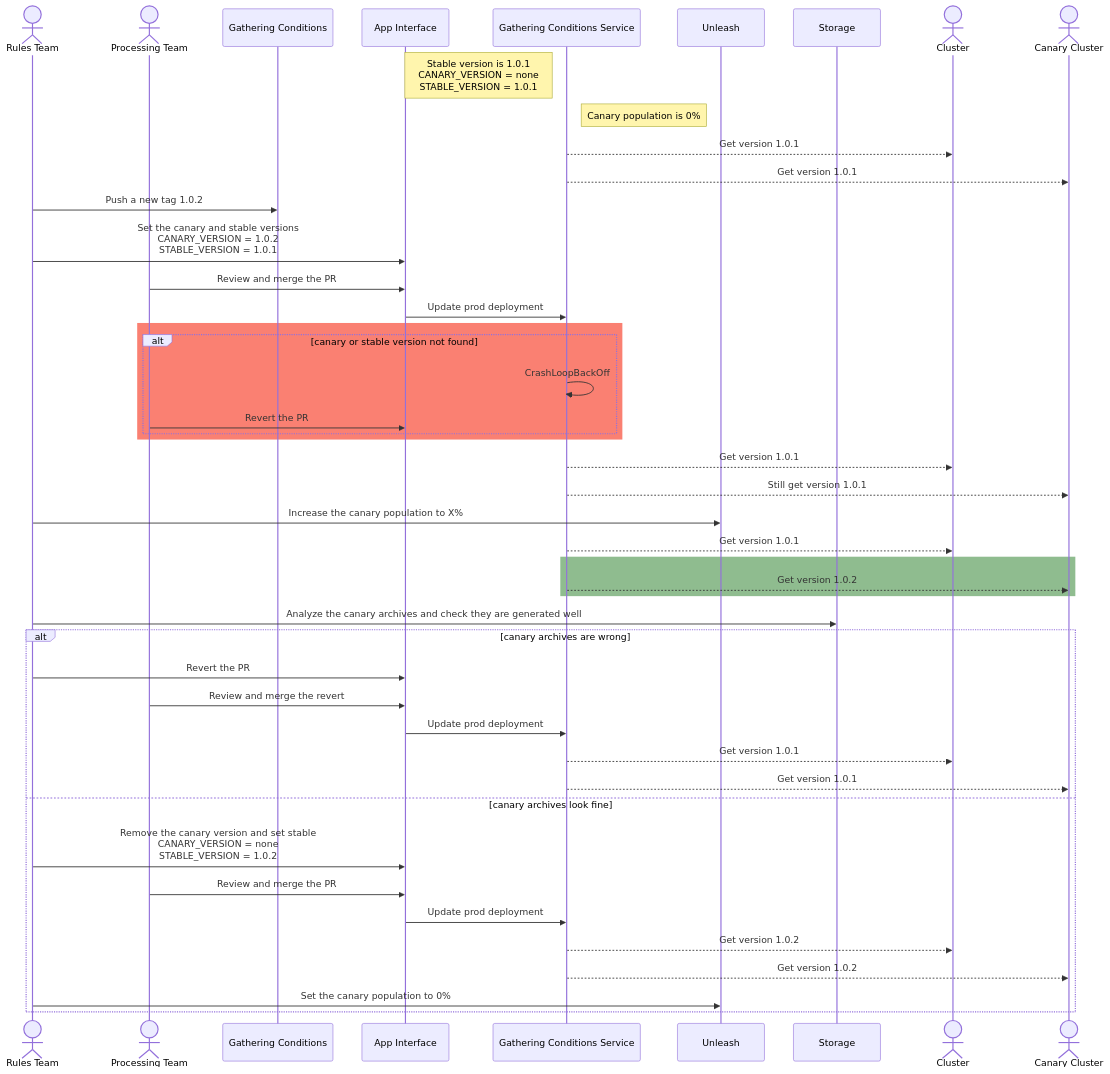
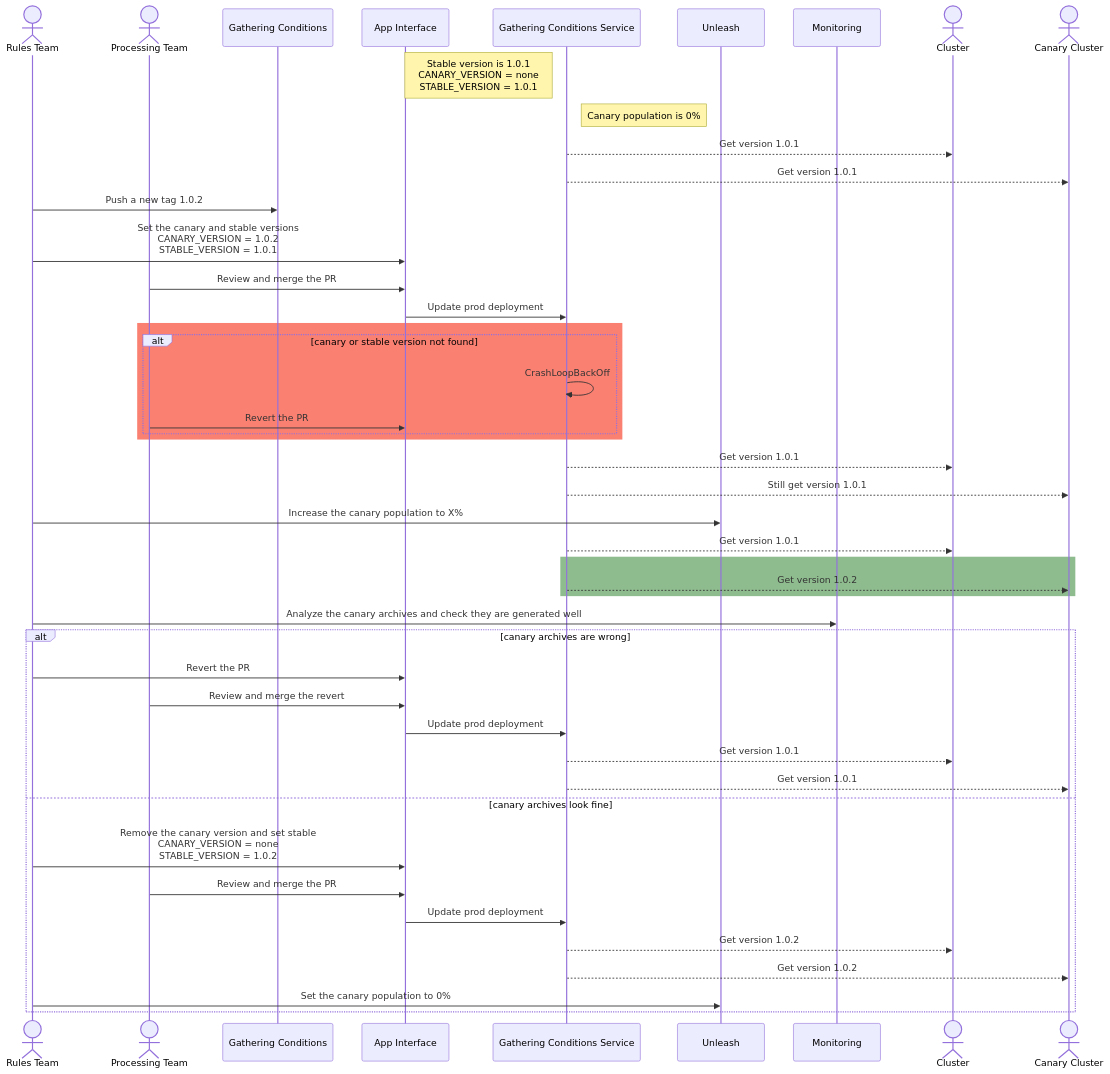
One commit to RedHatInsights/insights-operator-gathering-conditions-service changed the diagram in docs/canary_releases.md. Above: the diagram before and after it, drawn with Mermaid.

Commit message:
rename storage -> monitoring

````diff
--- a/docs/canary_releases.md
+++ b/docs/canary_releases.md
@@ -8,55 +8,55 @@
 ```mermaid
 sequenceDiagram
     actor RT as Rules Team
     actor PT as Processing Team
     participant GC as Gathering Conditions
     participant AI as App Interface
     participant GCS as Gathering Conditions Service
     participant Unleash
-    participant Storage
+    participant Monitoring
     actor C as Cluster
     actor CC as Canary Cluster
 
     Note left of GCS: Stable version is 1.0.1<br/>CANARY_VERSION = none<br/>STABLE_VERSION = 1.0.1
     Note left of Unleash: Canary population is 0%
     GCS -->> C: Get version 1.0.1
     GCS -->> CC: Get version 1.0.1
 
     RT ->> GC: Push a new tag 1.0.2
     RT ->> AI: Set the canary and stable versions<br/>CANARY_VERSION = 1.0.2<br/>STABLE_VERSION = 1.0.1
     PT ->> AI: Review and merge the PR
     AI ->> GCS: Update prod deployment
     
     rect rgb(250,128,114)
         alt canary or stable version not found
             GCS ->> GCS: CrashLoopBackOff
             PT ->> AI: Revert the PR
         end
     end
 
     GCS -->> C: Get version 1.0.1
     GCS -->> CC: Still get version 1.0.1
 
     RT ->> Unleash: Increase the canary population to X%
     GCS -->> C: Get version 1.0.1
     rect rgb(143,188,143)
         GCS -->> CC: Get version 1.0.2
     end
     
-    RT ->> Storage: Analyze the canary archives and check they are generated well
+    RT ->> Monitoring: Analyze the canary archives and check they are generated well
 
     alt canary archives are wrong
         RT ->> AI: Revert the PR
         PT ->> AI: Review and merge the revert
         AI ->> GCS: Update prod deployment
         GCS -->> C: Get version 1.0.1
         GCS -->> CC: Get version 1.0.1
     else canary archives look fine
         RT ->> AI: Remove the canary version and set stable <br/>CANARY_VERSION = none<br/>STABLE_VERSION = 1.0.2
         PT ->> AI: Review and merge the PR
         AI ->> GCS: Update prod deployment
         GCS -->> C: Get version 1.0.2
         GCS -->> CC: Get version 1.0.2
         RT ->> Unleash: Set the canary population to 0%
     end
 ```
````
